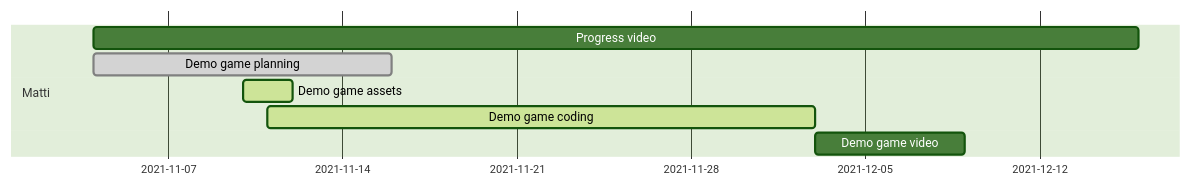
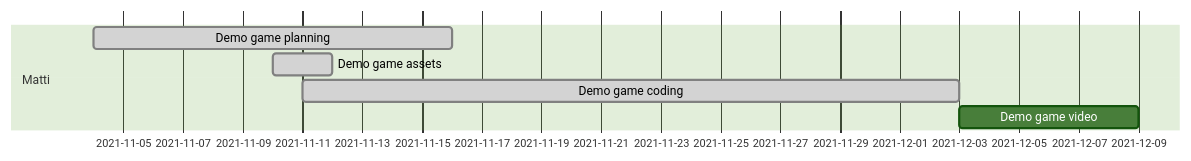
Before and after one commit to IlkkaTakala/Eril-Engine: the fourth of 6 diagrams in docs/ProjectPlan.md, drawn with Mermaid (forest theme). The commit also changed other lines of this file and 2 other files, not shown here.

````diff
--- a/docs/ProjectPlan.md
+++ b/docs/ProjectPlan.md
@@ -101,11 +91,10 @@
 ```mermaid
 gantt
 dateFormat  DD-MM
 
 section Matti
-Progress video          :         mdes2, 04-11, 16-12
 Demo game planning      :done,    mdes4, 04-11, 16-11
-Demo game assets        :active,  mdes5, 10-11, 12-11
-Demo game coding        :active,  mdes6, 11-11, 03-12
+Demo game assets        :done,    mdes5, 10-11, 12-11
+Demo game coding        :done,    mdes6, 11-11, 03-12
 Demo game video         :         mdes7, 03-12, 09-12
 ```
````
